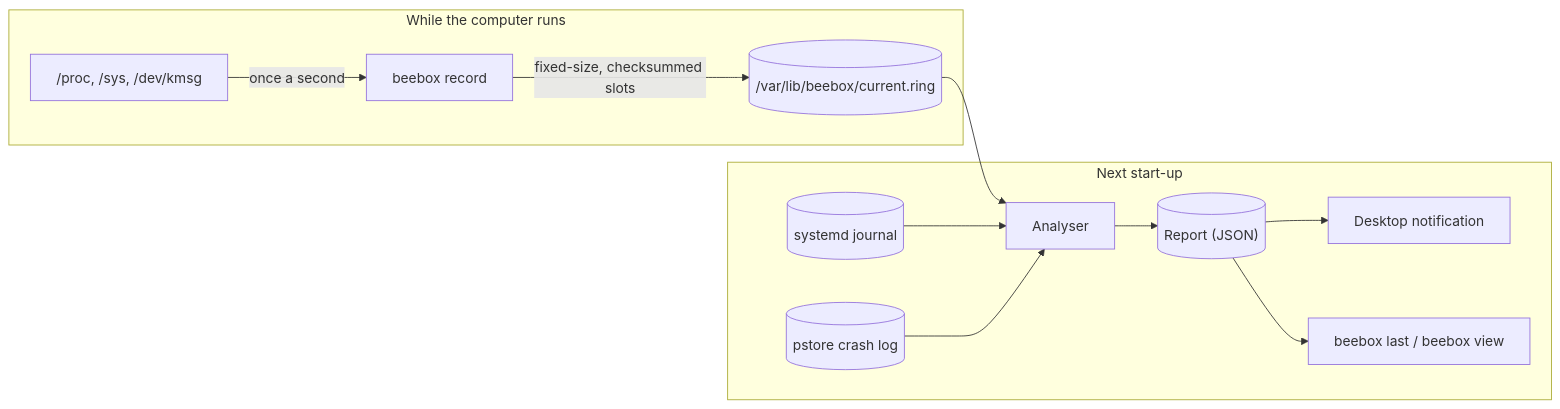
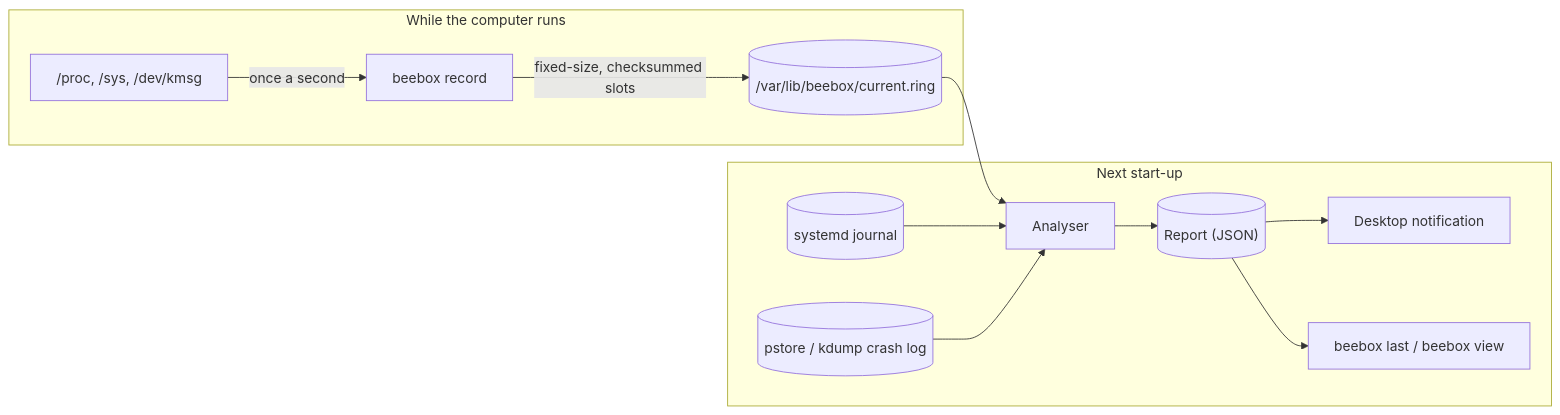
One commit to PurpleDefender249/beebox changed the diagram in README.md. Above: the diagram before and after it, drawn with Mermaid. The commit also changed other lines of this file and 20 other files, not shown here.

Commit message:
kdump crash logs, VM-aware doctor, busy-CPU and browser fixes

````diff
--- a/README.md
+++ b/README.md
@@ -229,15 +229,15 @@
 ```mermaid
 flowchart LR
   subgraph running["While the computer runs"]
     P["/proc, /sys, /dev/kmsg"] -->|once a second| R[beebox record]
     R -->|"fixed-size, checksummed slots"| F[("/var/lib/beebox/current.ring")]
   end
   subgraph next["Next start-up"]
     F --> A[Analyser]
     J[(systemd journal)] --> A
-    S[("pstore crash log")] --> A
+    S[("pstore / kdump crash log")] --> A
     A --> Rep[("Report (JSON)")]
     Rep --> N[Desktop notification]
     Rep --> V["beebox last / beebox view"]
   end
 ```
````
